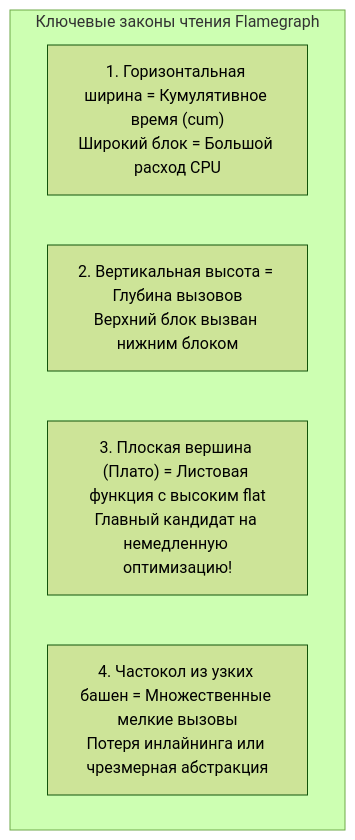
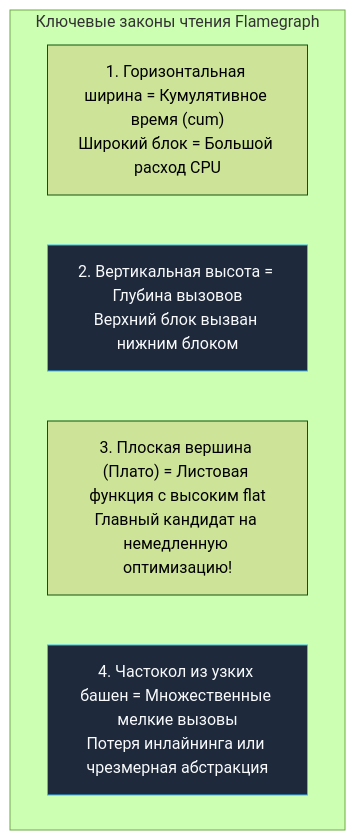
Before and after one commit to UnrealTemplier/go-textbook: the second of 6 diagrams in sources/16. Профилирование, отладка и производительность/03. CPU profiling/3. Flamegraph.md, drawn with Mermaid (forest theme). The commit also changed other lines of this file and 1666 other files, not shown here.

First line of the commit message:
feat(mermaid): add semantic color classDef to 1369 colorless flowchart/graph diagrams

````diff
--- a/sources/16. Профилирование, отладка и производительность/03. CPU profiling/3. Flamegraph.md
+++ b/sources/16. Профилирование, отладка и производительность/03. CPU profiling/3. Flamegraph.md
@@ -79,9 +89,19 @@
 ```mermaid
 flowchart TD
+    classDef process  fill:#1e293b,stroke:#38bdf8,stroke-width:1px,color:#f8fafc
+    classDef success  fill:#064e3b,stroke:#34d399,stroke-width:1px,color:#f8fafc
+    classDef error    fill:#7f1d1d,stroke:#f87171,stroke-width:1px,color:#f8fafc
+    classDef warning  fill:#78350f,stroke:#fbbf24,stroke-width:1px,color:#f8fafc
+    classDef entry    fill:#1e3a5f,stroke:#38bdf8,stroke-width:2px,color:#f8fafc
+    classDef aux      fill:#334155,stroke:#64748b,stroke-width:1px,color:#f8fafc
+    classDef system   fill:#312e81,stroke:#a78bfa,stroke-width:1px,color:#f8fafc
+    classDef data     fill:#132d29,stroke:#2dd4bf,stroke-width:1px,color:#f8fafc
+    classDef network  fill:#881337,stroke:#fb7185,stroke-width:1px,color:#f8fafc
+    classDef accent   fill:#1e1b4b,stroke:#818cf8,stroke-width:1px,color:#f8fafc
     subgraph FlamegraphRules["Ключевые законы чтения Flamegraph"]
         R1["1. Горизонтальная ширина = Кумулятивное время (cum)<br>Широкий блок = Большой расход CPU"]
-        R2["2. Вертикальная высота = Глубина вызовов<br>Верхний блок вызван нижним блоком"]
+        R2["2. Вертикальная высота = Глубина вызовов<br>Верхний блок вызван нижним блоком"]:::process
         R3["3. Плоская вершина (Плато) = Листовая функция с высоким flat<br>Главный кандидат на немедленную оптимизацию!"]
-        R4["4. Частокол из узких башен = Множественные мелкие вызовы<br>Потеря инлайнинга или чрезмерная абстракция"]
+        R4["4. Частокол из узких башен = Множественные мелкие вызовы<br>Потеря инлайнинга или чрезмерная абстракция"]:::process
     end
 ```
````
